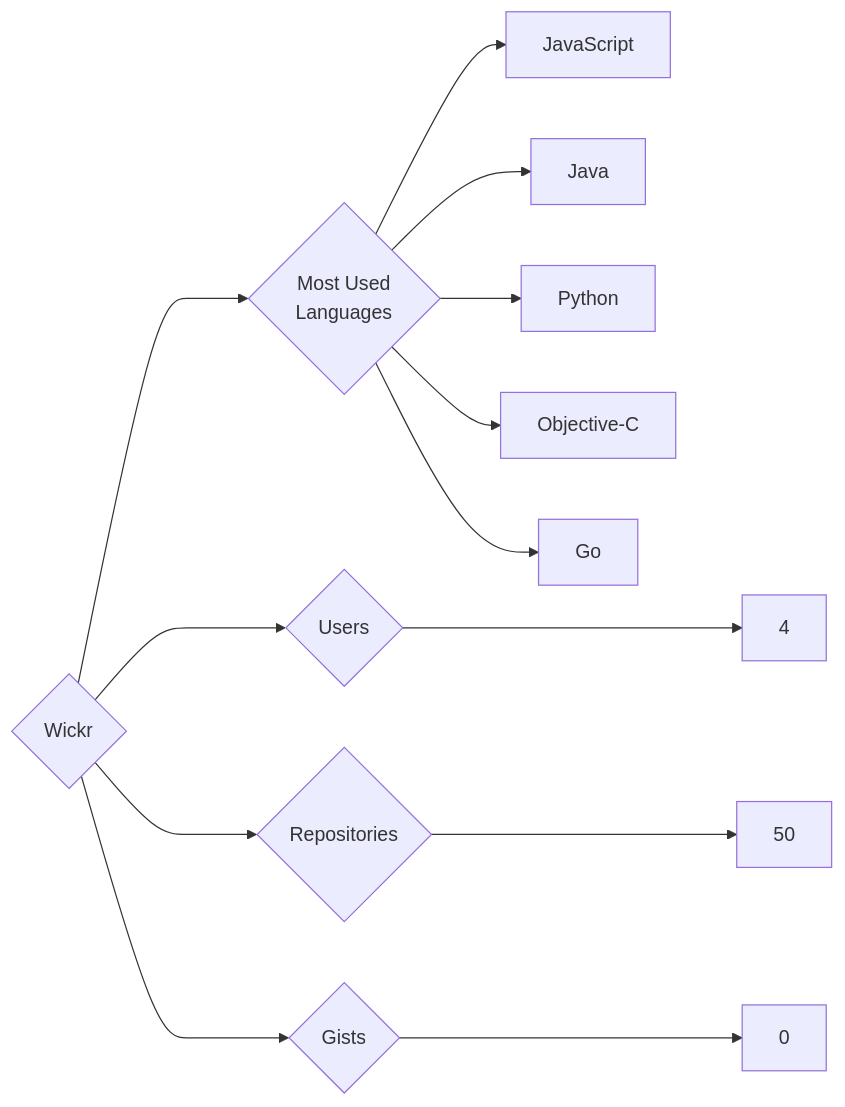
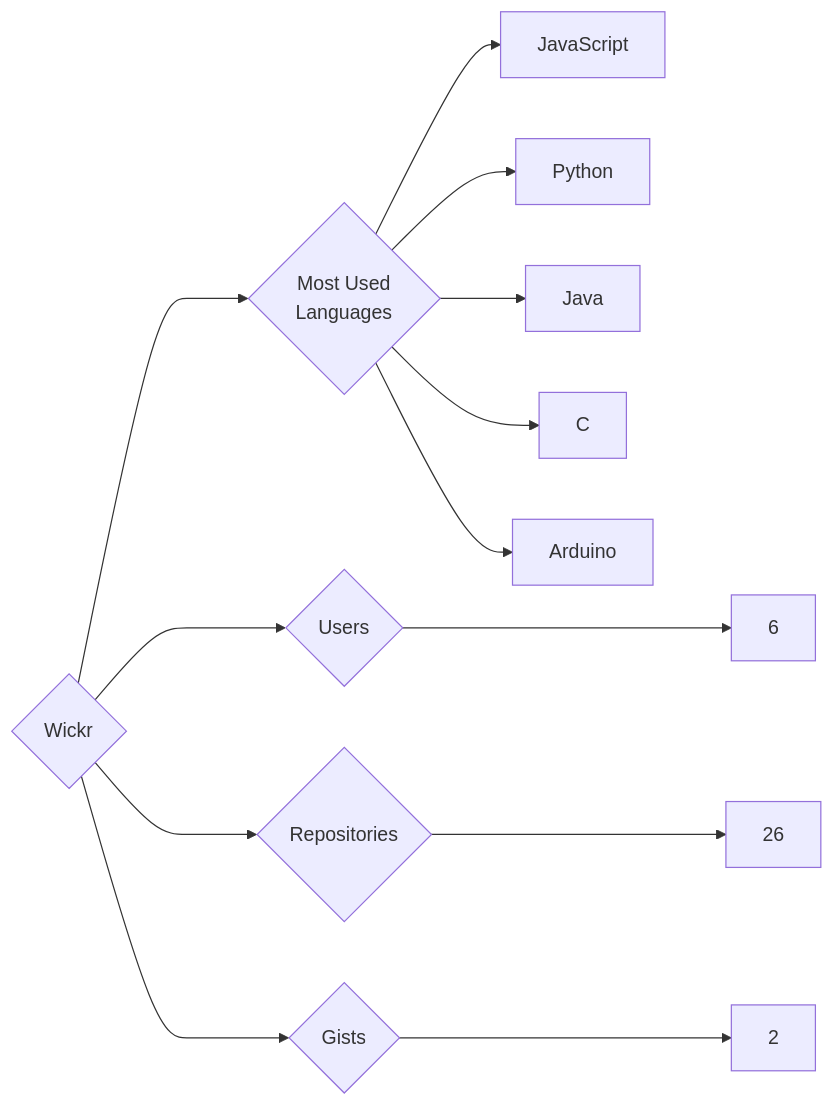
The diagram in targets/Wickr/README.md (trickest/insiders), drawn with Mermaid before and after one commit. The commit also changed 871 other files, not shown here.

````diff
--- a/targets/Wickr/README.md
+++ b/targets/Wickr/README.md
@@ -3,13 +3,13 @@
 ```mermaid
 graph LR
 COMPANY_NAME{Wickr}
-COMPANY_NAME ---> U{Users} ---> UN[4]
-COMPANY_NAME ---> R{Repositories} ---> RN[50]
-COMPANY_NAME ---> G{Gists} ---> GN[0]
+COMPANY_NAME ---> U{Users} ---> UN[6]
+COMPANY_NAME ---> R{Repositories} ---> RN[26]
+COMPANY_NAME ---> G{Gists} ---> GN[2]
 COMPANY_NAME ---> ML{Most Used<br>Languages}
 ML --> JavaScript[JavaScript]
+ML --> Python[Python]
 ML --> Java[Java]
-ML --> Python[Python]
-ML --> Objective-C[Objective-C]
-ML --> Go[Go]
+ML --> C[C]
+ML --> Arduino[Arduino]
 ```
````
